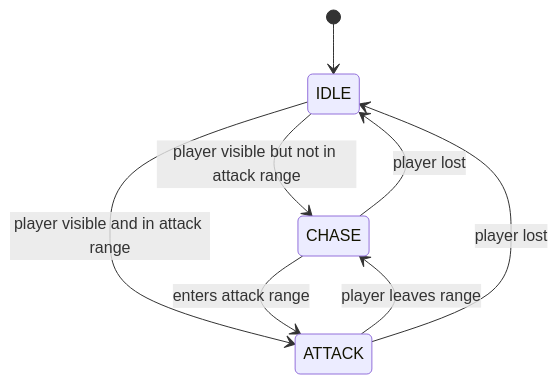
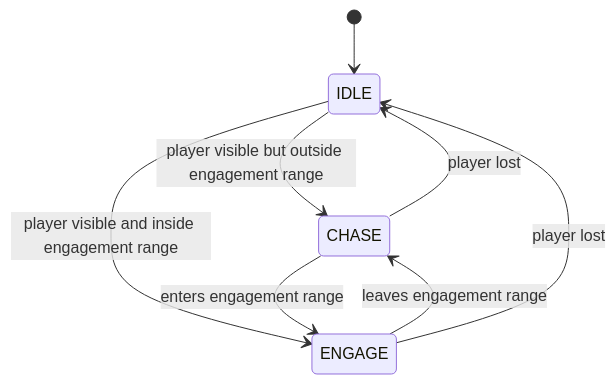
Before and after one commit to Rakshit-Ranjan/CombatSystem: the first of 2 diagrams in Docs/AIArchitecture.md, drawn with Mermaid. The commit also changed other lines of this file and 20 other files, not shown here.

````diff
--- a/Docs/AIArchitecture.md
+++ b/Docs/AIArchitecture.md
@@ -122,10 +125,10 @@
 ```mermaid
 stateDiagram-v2
     [*] --> IDLE
-    IDLE --> CHASE: player visible but not in attack range
-    IDLE --> ATTACK: player visible and in attack range
+    IDLE --> CHASE: player visible but outside engagement range
+    IDLE --> ENGAGE: player visible and inside engagement range
     CHASE --> IDLE: player lost
-    CHASE --> ATTACK: enters attack range
-    ATTACK --> CHASE: player leaves range
-    ATTACK --> IDLE: player lost
+    CHASE --> ENGAGE: enters engagement range
+    ENGAGE --> CHASE: leaves engagement range
+    ENGAGE --> IDLE: player lost
 ```
````
